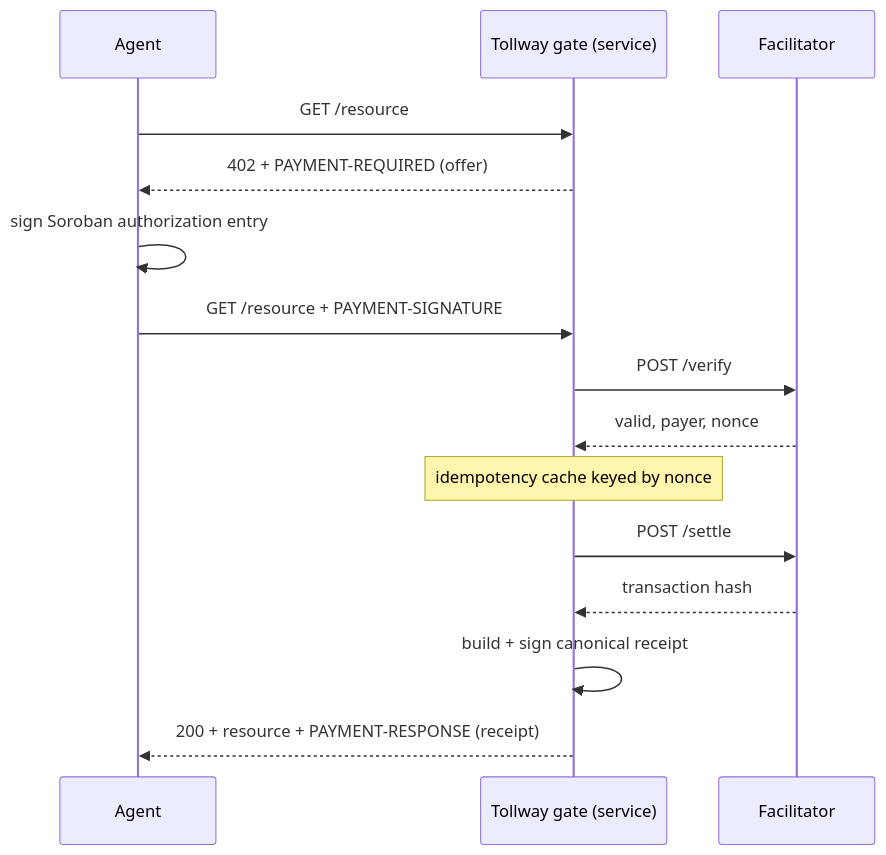
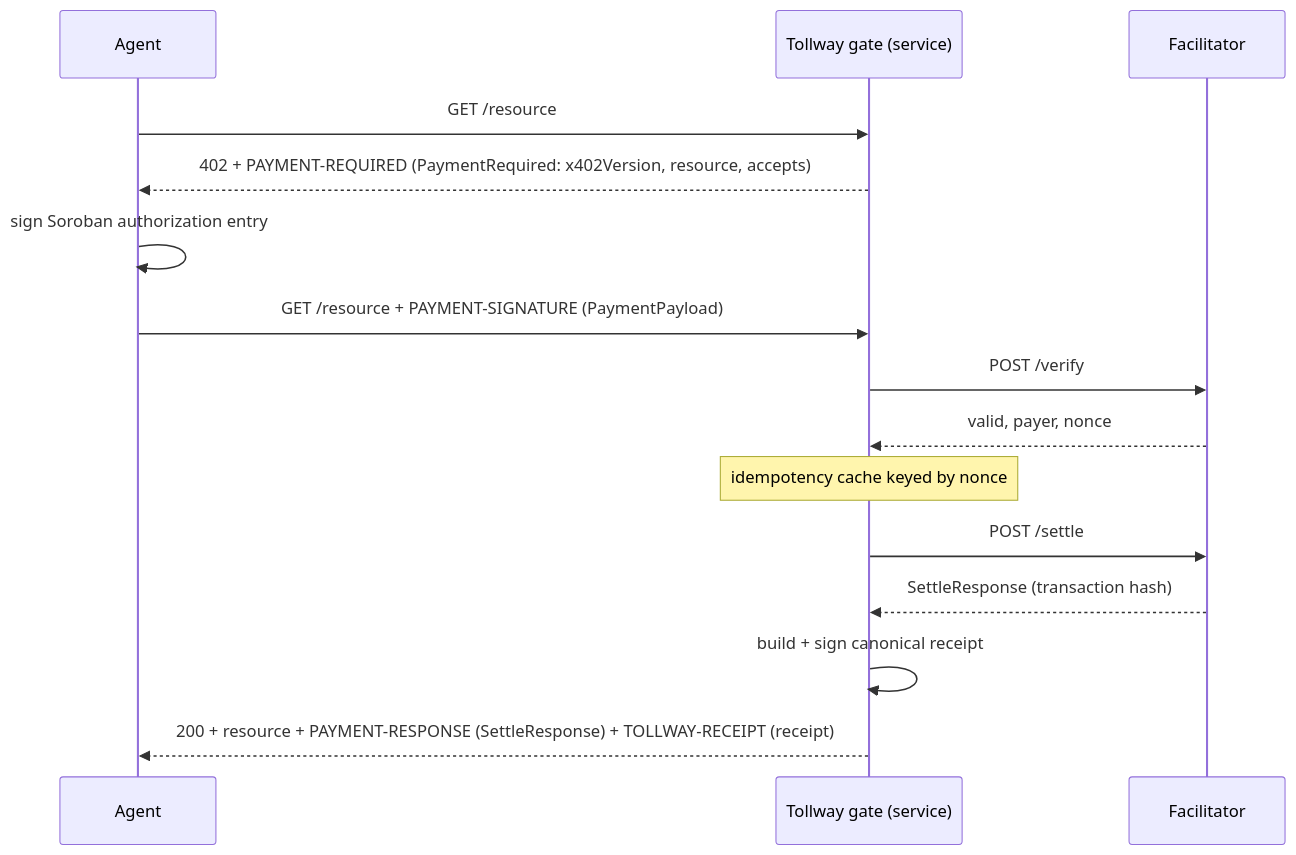
Before and after one commit to vegaforge/tollway: the second of 2 diagrams in README.md, drawn with Mermaid. The commit also changed other lines of this file and 42 other files, not shown here.

````diff
--- a/README.md
+++ b/README.md
@@ -98,18 +100,18 @@
 ```mermaid
 sequenceDiagram
   participant Agent
   participant Gate as Tollway gate (service)
   participant Fac as Facilitator
 
   Agent->>Gate: GET /resource
-  Gate-->>Agent: 402 + PAYMENT-REQUIRED (offer)
+  Gate-->>Agent: 402 + PAYMENT-REQUIRED (PaymentRequired: x402Version, resource, accepts)
   Agent->>Agent: sign Soroban authorization entry
-  Agent->>Gate: GET /resource + PAYMENT-SIGNATURE
+  Agent->>Gate: GET /resource + PAYMENT-SIGNATURE (PaymentPayload)
   Gate->>Fac: POST /verify
   Fac-->>Gate: valid, payer, nonce
   Note over Gate: idempotency cache keyed by nonce
   Gate->>Fac: POST /settle
-  Fac-->>Gate: transaction hash
+  Fac-->>Gate: SettleResponse (transaction hash)
   Gate->>Gate: build + sign canonical receipt
-  Gate-->>Agent: 200 + resource + PAYMENT-RESPONSE (receipt)
+  Gate-->>Agent: 200 + resource + PAYMENT-RESPONSE (SettleResponse) + TOLLWAY-RECEIPT (receipt)
 ```
````
